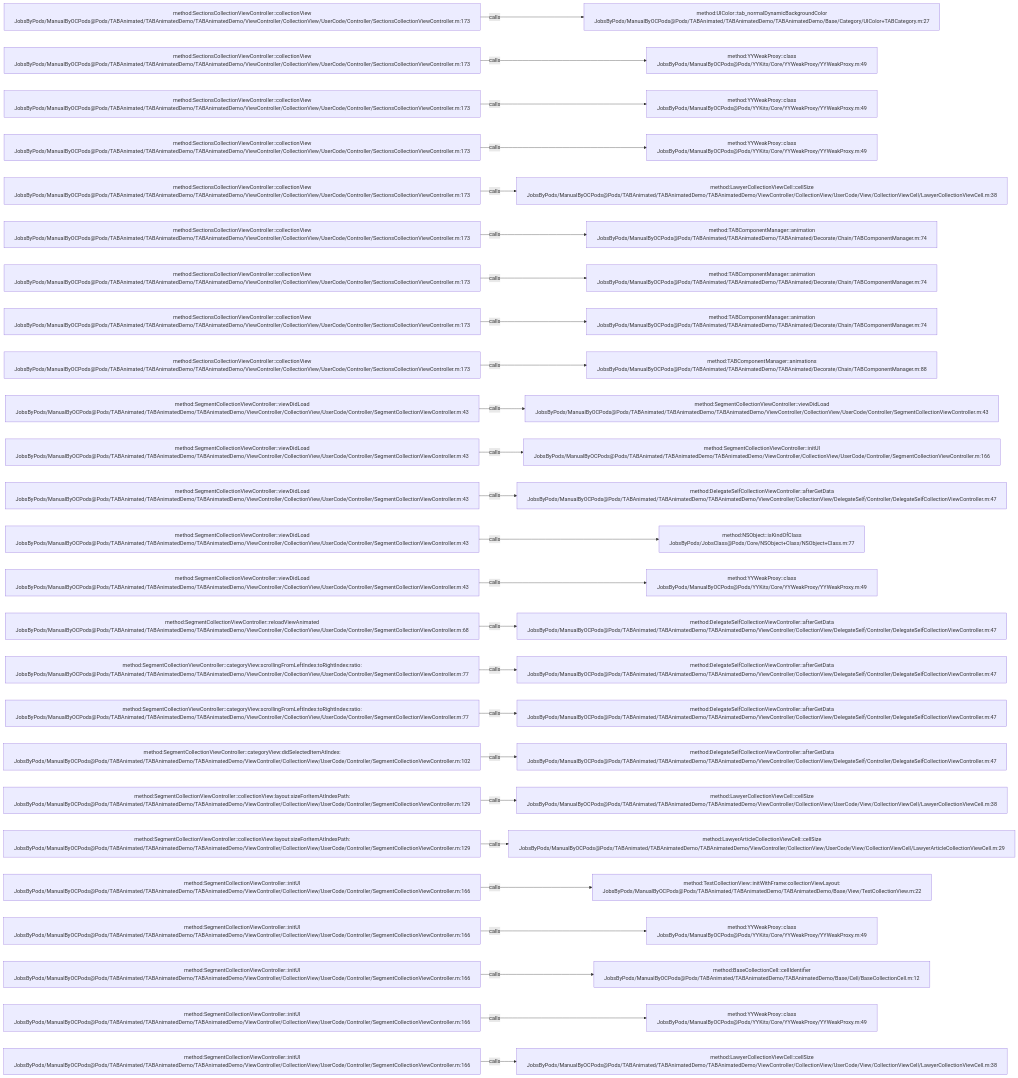
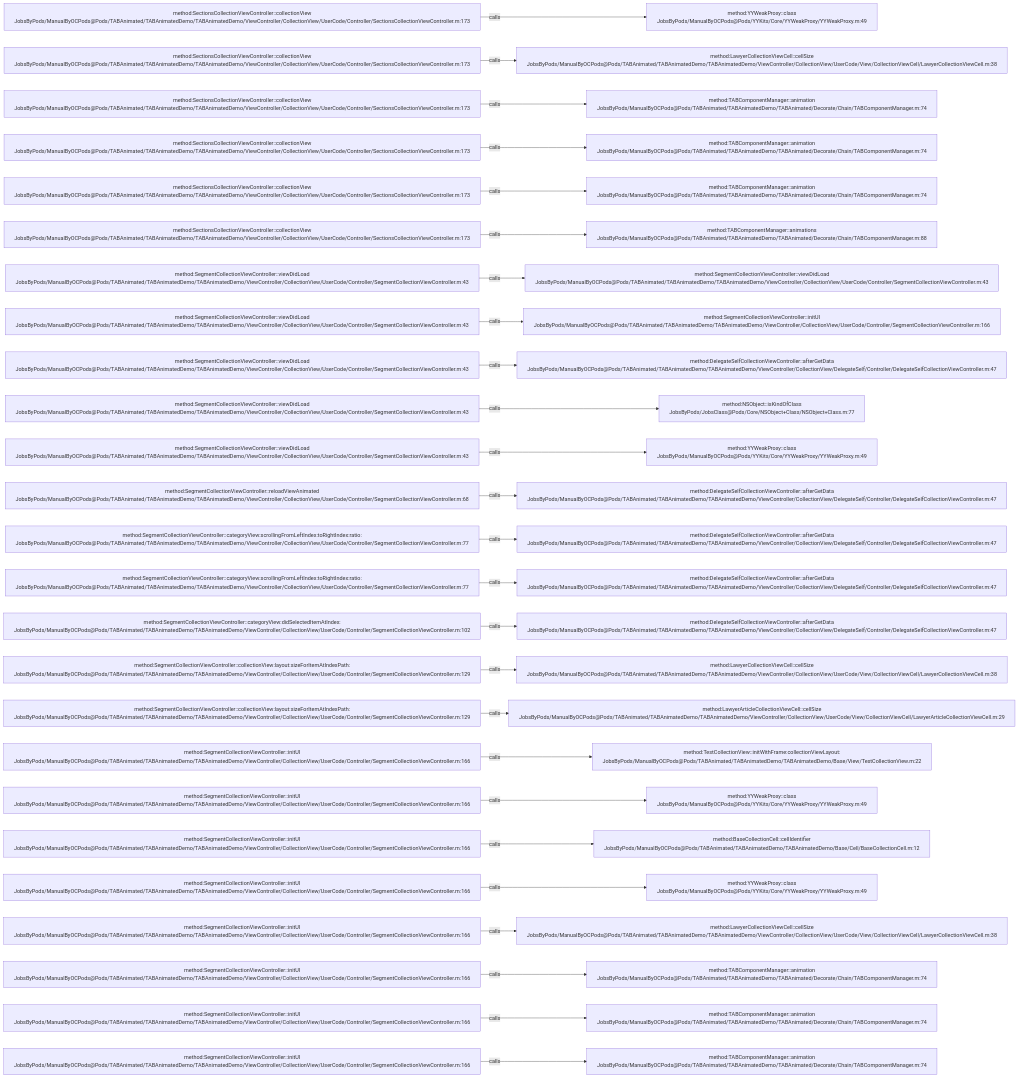
Before and after one commit to JobsKits/JobsOCBaseConfigDemo: the diagram in .codegraph/codegraph.md/graphs/calls-053.md, drawn with Mermaid. The commit also changed 342 other files, not shown here.

````diff
--- a/.codegraph/codegraph.md/graphs/calls-053.md
+++ b/.codegraph/codegraph.md/graphs/calls-053.md
@@ -13,78 +13,78 @@
 ```mermaid
 flowchart LR
   S1["method:SectionsCollectionViewController::collectionView<br/>JobsByPods/ManualByOCPods@Pods/TABAnimated/TABAnimatedDemo/TABAnimatedDemo/ViewController/CollectionView/UserCode/Controller/SectionsCollectionViewController.m:173"]
-  T1["method:UIColor::tab_normalDynamicBackgroundColor<br/>JobsByPods/ManualByOCPods@Pods/TABAnimated/TABAnimatedDemo/TABAnimatedDemo/Base/Category/UIColor+TABCategory.m:27"]
+  T1["method:YYWeakProxy::class<br/>JobsByPods/ManualByOCPods@Pods/YYKits/Core/YYWeakProxy/YYWeakProxy.m:49"]
   S1 -->|calls| T1
   S2["method:SectionsCollectionViewController::collectionView<br/>JobsByPods/ManualByOCPods@Pods/TABAnimated/TABAnimatedDemo/TABAnimatedDemo/ViewController/CollectionView/UserCode/Controller/SectionsCollectionViewController.m:173"]
-  T2["method:YYWeakProxy::class<br/>JobsByPods/ManualByOCPods@Pods/YYKits/Core/YYWeakProxy/YYWeakProxy.m:49"]
+  T2["method:LawyerCollectionViewCell::cellSize<br/>JobsByPods/ManualByOCPods@Pods/TABAnimated/TABAnimatedDemo/TABAnimatedDemo/ViewController/CollectionView/UserCode/View/CollectionViewCell/LawyerCollectionViewCell.m:38"]
   S2 -->|calls| T2
   S3["method:SectionsCollectionViewController::collectionView<br/>JobsByPods/ManualByOCPods@Pods/TABAnimated/TABAnimatedDemo/TABAnimatedDemo/ViewController/CollectionView/UserCode/Controller/SectionsCollectionViewController.m:173"]
-  T3["method:YYWeakProxy::class<br/>JobsByPods/ManualByOCPods@Pods/YYKits/Core/YYWeakProxy/YYWeakProxy.m:49"]
+  T3["method:TABComponentManager::animation<br/>JobsByPods/ManualByOCPods@Pods/TABAnimated/TABAnimatedDemo/TABAnimated/Decorate/Chain/TABComponentManager.m:74"]
   S3 -->|calls| T3
   S4["method:SectionsCollectionViewController::collectionView<br/>JobsByPods/ManualByOCPods@Pods/TABAnimated/TABAnimatedDemo/TABAnimatedDemo/ViewController/CollectionView/UserCode/Controller/SectionsCollectionViewController.m:173"]
-  T4["method:YYWeakProxy::class<br/>JobsByPods/ManualByOCPods@Pods/YYKits/Core/YYWeakProxy/YYWeakProxy.m:49"]
+  T4["method:TABComponentManager::animation<br/>JobsByPods/ManualByOCPods@Pods/TABAnimated/TABAnimatedDemo/TABAnimated/Decorate/Chain/TABComponentManager.m:74"]
   S4 -->|calls| T4
   S5["method:SectionsCollectionViewController::collectionView<br/>JobsByPods/ManualByOCPods@Pods/TABAnimated/TABAnimatedDemo/TABAnimatedDemo/ViewController/CollectionView/UserCode/Controller/SectionsCollectionViewController.m:173"]
-  T5["method:LawyerCollectionViewCell::cellSize<br/>JobsByPods/ManualByOCPods@Pods/TABAnimated/TABAnimatedDemo/TABAnimatedDemo/ViewController/CollectionView/UserCode/View/CollectionViewCell/LawyerCollectionViewCell.m:38"]
+  T5["method:TABComponentManager::animation<br/>JobsByPods/ManualByOCPods@Pods/TABAnimated/TABAnimatedDemo/TABAnimated/Decorate/Chain/TABComponentManager.m:74"]
   S5 -->|calls| T5
   S6["method:SectionsCollectionViewController::collectionView<br/>JobsByPods/ManualByOCPods@Pods/TABAnimated/TABAnimatedDemo/TABAnimatedDemo/ViewController/CollectionView/UserCode/Controller/SectionsCollectionViewController.m:173"]
-  T6["method:TABComponentManager::animation<br/>JobsByPods/ManualByOCPods@Pods/TABAnimated/TABAnimatedDemo/TABAnimated/Decorate/Chain/TABComponentManager.m:74"]
+  T6["method:TABComponentManager::animations<br/>JobsByPods/ManualByOCPods@Pods/TABAnimated/TABAnimatedDemo/TABAnimated/Decorate/Chain/TABComponentManager.m:88"]
   S6 -->|calls| T6
-  S7["method:SectionsCollectionViewController::collectionView<br/>JobsByPods/ManualByOCPods@Pods/TABAnimated/TABAnimatedDemo/TABAnimatedDemo/ViewController/CollectionView/UserCode/Controller/SectionsCollectionViewController.m:173"]
-  T7["method:TABComponentManager::animation<br/>JobsByPods/ManualByOCPods@Pods/TABAnimated/TABAnimatedDemo/TABAnimated/Decorate/Chain/TABComponentManager.m:74"]
+  S7["method:SegmentCollectionViewController::viewDidLoad<br/>JobsByPods/ManualByOCPods@Pods/TABAnimated/TABAnimatedDemo/TABAnimatedDemo/ViewController/CollectionView/UserCode/Controller/SegmentCollectionViewController.m:43"]
+  T7["method:SegmentCollectionViewController::viewDidLoad<br/>JobsByPods/ManualByOCPods@Pods/TABAnimated/TABAnimatedDemo/TABAnimatedDemo/ViewController/CollectionView/UserCode/Controller/SegmentCollectionViewController.m:43"]
   S7 -->|calls| T7
-  S8["method:SectionsCollectionViewController::collectionView<br/>JobsByPods/ManualByOCPods@Pods/TABAnimated/TABAnimatedDemo/TABAnimatedDemo/ViewController/CollectionView/UserCode/Controller/SectionsCollectionViewController.m:173"]
-  T8["method:TABComponentManager::animation<br/>JobsByPods/ManualByOCPods@Pods/TABAnimated/TABAnimatedDemo/TABAnimated/Decorate/Chain/TABComponentManager.m:74"]
+  S8["method:SegmentCollectionViewController::viewDidLoad<br/>JobsByPods/ManualByOCPods@Pods/TABAnimated/TABAnimatedDemo/TABAnimatedDemo/ViewController/CollectionView/UserCode/Controller/SegmentCollectionViewController.m:43"]
+  T8["method:SegmentCollectionViewController::initUI<br/>JobsByPods/ManualByOCPods@Pods/TABAnimated/TABAnimatedDemo/TABAnimatedDemo/ViewController/CollectionView/UserCode/Controller/SegmentCollectionViewController.m:166"]
   S8 -->|calls| T8
-  S9["method:SectionsCollectionViewController::collectionView<br/>JobsByPods/ManualByOCPods@Pods/TABAnimated/TABAnimatedDemo/TABAnimatedDemo/ViewController/CollectionView/UserCode/Controller/SectionsCollectionViewController.m:173"]
-  T9["method:TABComponentManager::animations<br/>JobsByPods/ManualByOCPods@Pods/TABAnimated/TABAnimatedDemo/TABAnimated/Decorate/Chain/TABComponentManager.m:88"]
+  S9["method:SegmentCollectionViewController::viewDidLoad<br/>JobsByPods/ManualByOCPods@Pods/TABAnimated/TABAnimatedDemo/TABAnimatedDemo/ViewController/CollectionView/UserCode/Controller/SegmentCollectionViewController.m:43"]
+  T9["method:DelegateSelfCollectionViewController::afterGetData<br/>JobsByPods/ManualByOCPods@Pods/TABAnimated/TABAnimatedDemo/TABAnimatedDemo/ViewController/CollectionView/DelegateSelf/Controller/DelegateSelfCollectionViewController.m:47"]
   S9 -->|calls| T9
   S10["method:SegmentCollectionViewController::viewDidLoad<br/>JobsByPods/ManualByOCPods@Pods/TABAnimated/TABAnimatedDemo/TABAnimatedDemo/ViewController/CollectionView/UserCode/Controller/SegmentCollectionViewController.m:43"]
-  T10["method:SegmentCollectionViewController::viewDidLoad<br/>JobsByPods/ManualByOCPods@Pods/TABAnimated/TABAnimatedDemo/TABAnimatedDemo/ViewController/CollectionView/UserCode/Controller/SegmentCollectionViewController.m:43"]
+  T10["method:NSObject::isKindOfClass<br/>JobsByPods/JobsClass@Pods/Core/NSObject+Class/NSObject+Class.m:77"]
   S10 -->|calls| T10
   S11["method:SegmentCollectionViewController::viewDidLoad<br/>JobsByPods/ManualByOCPods@Pods/TABAnimated/TABAnimatedDemo/TABAnimatedDemo/ViewController/CollectionView/UserCode/Controller/SegmentCollectionViewController.m:43"]
-  T11["method:SegmentCollectionViewController::initUI<br/>JobsByPods/ManualByOCPods@Pods/TABAnimated/TABAnimatedDemo/TABAnimatedDemo/ViewController/CollectionView/UserCode/Controller/SegmentCollectionViewController.m:166"]
+  T11["method:YYWeakProxy::class<br/>JobsByPods/ManualByOCPods@Pods/YYKits/Core/YYWeakProxy/YYWeakProxy.m:49"]
   S11 -->|calls| T11
-  S12["method:SegmentCollectionViewController::viewDidLoad<br/>JobsByPods/ManualByOCPods@Pods/TABAnimated/TABAnimatedDemo/TABAnimatedDemo/ViewController/CollectionView/UserCode/Controller/SegmentCollectionViewController.m:43"]
+  S12["method:SegmentCollectionViewController::reloadViewAnimated<br/>JobsByPods/ManualByOCPods@Pods/TABAnimated/TABAnimatedDemo/TABAnimatedDemo/ViewController/CollectionView/UserCode/Controller/SegmentCollectionViewController.m:68"]
   T12["method:DelegateSelfCollectionViewController::afterGetData<br/>JobsByPods/ManualByOCPods@Pods/TABAnimated/TABAnimatedDemo/TABAnimatedDemo/ViewController/CollectionView/DelegateSelf/Controller/DelegateSelfCollectionViewController.m:47"]
   S12 -->|calls| T12
-  S13["method:SegmentCollectionViewController::viewDidLoad<br/>JobsByPods/ManualByOCPods@Pods/TABAnimated/TABAnimatedDemo/TABAnimatedDemo/ViewController/CollectionView/UserCode/Controller/SegmentCollectionViewController.m:43"]
-  T13["method:NSObject::isKindOfClass<br/>JobsByPods/JobsClass@Pods/Core/NSObject+Class/NSObject+Class.m:77"]
+  S13["method:SegmentCollectionViewController::categoryView:scrollingFromLeftIndex:toRightIndex:ratio:<br/>JobsByPods/ManualByOCPods@Pods/TABAnimated/TABAnimatedDemo/TABAnimatedDemo/ViewController/CollectionView/UserCode/Controller/SegmentCollectionViewController.m:77"]
+  T13["method:DelegateSelfCollectionViewController::afterGetData<br/>JobsByPods/ManualByOCPods@Pods/TABAnimated/TABAnimatedDemo/TABAnimatedDemo/ViewController/CollectionView/DelegateSelf/Controller/DelegateSelfCollectionViewController.m:47"]
   S13 -->|calls| T13
-  S14["method:SegmentCollectionViewController::viewDidLoad<br/>JobsByPods/ManualByOCPods@Pods/TABAnimated/TABAnimatedDemo/TABAnimatedDemo/ViewController/CollectionView/UserCode/Controller/SegmentCollectionViewController.m:43"]
-  T14["method:YYWeakProxy::class<br/>JobsByPods/ManualByOCPods@Pods/YYKits/Core/YYWeakProxy/YYWeakProxy.m:49"]
+  S14["method:SegmentCollectionViewController::categoryView:scrollingFromLeftIndex:toRightIndex:ratio:<br/>JobsByPods/ManualByOCPods@Pods/TABAnimated/TABAnimatedDemo/TABAnimatedDemo/ViewController/CollectionView/UserCode/Controller/SegmentCollectionViewController.m:77"]
+  T14["method:DelegateSelfCollectionViewController::afterGetData<br/>JobsByPods/ManualByOCPods@Pods/TABAnimated/TABAnimatedDemo/TABAnimatedDemo/ViewController/CollectionView/DelegateSelf/Controller/DelegateSelfCollectionViewController.m:47"]
   S14 -->|calls| T14
-  S15["method:SegmentCollectionViewController::reloadViewAnimated<br/>JobsByPods/ManualByOCPods@Pods/TABAnimated/TABAnimatedDemo/TABAnimatedDemo/ViewController/CollectionView/UserCode/Controller/SegmentCollectionViewController.m:68"]
+  S15["method:SegmentCollectionViewController::categoryView:didSelectedItemAtIndex:<br/>JobsByPods/ManualByOCPods@Pods/TABAnimated/TABAnimatedDemo/TABAnimatedDemo/ViewController/CollectionView/UserCode/Controller/SegmentCollectionViewController.m:102"]
   T15["method:DelegateSelfCollectionViewController::afterGetData<br/>JobsByPods/ManualByOCPods@Pods/TABAnimated/TABAnimatedDemo/TABAnimatedDemo/ViewController/CollectionView/DelegateSelf/Controller/DelegateSelfCollectionViewController.m:47"]
   S15 -->|calls| T15
-  S16["method:SegmentCollectionViewController::categoryView:scrollingFromLeftIndex:toRightIndex:ratio:<br/>JobsByPods/ManualByOCPods@Pods/TABAnimated/TABAnimatedDemo/TABAnimatedDemo/ViewController/CollectionView/UserCode/Controller/SegmentCollectionViewController.m:77"]
-  T16["method:DelegateSelfCollectionViewController::afterGetData<br/>JobsByPods/ManualByOCPods@Pods/TABAnimated/TABAnimatedDemo/TABAnimatedDemo/ViewController/CollectionView/DelegateSelf/Controller/DelegateSelfCollectionViewController.m:47"]
+  S16["method:SegmentCollectionViewController::collectionView:layout:sizeForItemAtIndexPath:<br/>JobsByPods/ManualByOCPods@Pods/TABAnimated/TABAnimatedDemo/TABAnimatedDemo/ViewController/CollectionView/UserCode/Controller/SegmentCollectionViewController.m:129"]
+  T16["method:LawyerCollectionViewCell::cellSize<br/>JobsByPods/ManualByOCPods@Pods/TABAnimated/TABAnimatedDemo/TABAnimatedDemo/ViewController/CollectionView/UserCode/View/CollectionViewCell/LawyerCollectionViewCell.m:38"]
   S16 -->|calls| T16
-  S17["method:SegmentCollectionViewController::categoryView:scrollingFromLeftIndex:toRightIndex:ratio:<br/>JobsByPods/ManualByOCPods@Pods/TABAnimated/TABAnimatedDemo/TABAnimatedDemo/ViewController/CollectionView/UserCode/Controller/SegmentCollectionViewController.m:77"]
-  T17["method:DelegateSelfCollectionViewController::afterGetData<br/>JobsByPods/ManualByOCPods@Pods/TABAnimated/TABAnimatedDemo/TABAnimatedDemo/ViewController/CollectionView/DelegateSelf/Controller/DelegateSelfCollectionViewController.m:47"]
+  S17["method:SegmentCollectionViewController::collectionView:layout:sizeForItemAtIndexPath:<br/>JobsByPods/ManualByOCPods@Pods/TABAnimated/TABAnimatedDemo/TABAnimatedDemo/ViewController/CollectionView/UserCode/Controller/SegmentCollectionViewController.m:129"]
+  T17["method:LawyerArticleCollectionViewCell::cellSize<br/>JobsByPods/ManualByOCPods@Pods/TABAnimated/TABAnimatedDemo/TABAnimatedDemo/ViewController/CollectionView/UserCode/View/CollectionViewCell/LawyerArticleCollectionViewCell.m:29"]
   S17 -->|calls| T17
-  S18["method:SegmentCollectionViewController::categoryView:didSelectedItemAtIndex:<br/>JobsByPods/ManualByOCPods@Pods/TABAnimated/TABAnimatedDemo/TABAnimatedDemo/ViewController/CollectionView/UserCode/Controller/SegmentCollectionViewController.m:102"]
-  T18["method:DelegateSelfCollectionViewController::afterGetData<br/>JobsByPods/ManualByOCPods@Pods/TABAnimated/TABAnimatedDemo/TABAnimatedDemo/ViewController/CollectionView/DelegateSelf/Controller/DelegateSelfCollectionViewController.m:47"]
+  S18["method:SegmentCollectionViewController::initUI<br/>JobsByPods/ManualByOCPods@Pods/TABAnimated/TABAnimatedDemo/TABAnimatedDemo/ViewController/CollectionView/UserCode/Controller/SegmentCollectionViewController.m:166"]
+  T18["method:TestCollectionView::initWithFrame:collectionViewLayout:<br/>JobsByPods/ManualByOCPods@Pods/TABAnimated/TABAnimatedDemo/TABAnimatedDemo/Base/View/TestCollectionView.m:22"]
   S18 -->|calls| T18
-  S19["method:SegmentCollectionViewController::collectionView:layout:sizeForItemAtIndexPath:<br/>JobsByPods/ManualByOCPods@Pods/TABAnimated/TABAnimatedDemo/TABAnimatedDemo/ViewController/CollectionView/UserCode/Controller/SegmentCollectionViewController.m:129"]
-  T19["method:LawyerCollectionViewCell::cellSize<br/>JobsByPods/ManualByOCPods@Pods/TABAnimated/TABAnimatedDemo/TABAnimatedDemo/ViewController/CollectionView/UserCode/View/CollectionViewCell/LawyerCollectionViewCell.m:38"]
+  S19["method:SegmentCollectionViewController::initUI<br/>JobsByPods/ManualByOCPods@Pods/TABAnimated/TABAnimatedDemo/TABAnimatedDemo/ViewController/CollectionView/UserCode/Controller/SegmentCollectionViewController.m:166"]
+  T19["method:YYWeakProxy::class<br/>JobsByPods/ManualByOCPods@Pods/YYKits/Core/YYWeakProxy/YYWeakProxy.m:49"]
   S19 -->|calls| T19
-  S20["method:SegmentCollectionViewController::collectionView:layout:sizeForItemAtIndexPath:<br/>JobsByPods/ManualByOCPods@Pods/TABAnimated/TABAnimatedDemo/TABAnimatedDemo/ViewController/CollectionView/UserCode/Controller/SegmentCollectionViewController.m:129"]
-  T20["method:LawyerArticleCollectionViewCell::cellSize<br/>JobsByPods/ManualByOCPods@Pods/TABAnimated/TABAnimatedDemo/TABAnimatedDemo/ViewController/CollectionView/UserCode/View/CollectionViewCell/LawyerArticleCollectionViewCell.m:29"]
+  S20["method:SegmentCollectionViewController::initUI<br/>JobsByPods/ManualByOCPods@Pods/TABAnimated/TABAnimatedDemo/TABAnimatedDemo/ViewController/CollectionView/UserCode/Controller/SegmentCollectionViewController.m:166"]
+  T20["method:BaseCollectionCell::cellIdentifier<br/>JobsByPods/ManualByOCPods@Pods/TABAnimated/TABAnimatedDemo/TABAnimatedDemo/Base/Cell/BaseCollectionCell.m:12"]
   S20 -->|calls| T20
   S21["method:SegmentCollectionViewController::initUI<br/>JobsByPods/ManualByOCPods@Pods/TABAnimated/TABAnimatedDemo/TABAnimatedDemo/ViewController/CollectionView/UserCode/Controller/SegmentCollectionViewController.m:166"]
-  T21["method:TestCollectionView::initWithFrame:collectionViewLayout:<br/>JobsByPods/ManualByOCPods@Pods/TABAnimated/TABAnimatedDemo/TABAnimatedDemo/Base/View/TestCollectionView.m:22"]
+  T21["method:YYWeakProxy::class<br/>JobsByPods/ManualByOCPods@Pods/YYKits/Core/YYWeakProxy/YYWeakProxy.m:49"]
   S21 -->|calls| T21
   S22["method:SegmentCollectionViewController::initUI<br/>JobsByPods/ManualByOCPods@Pods/TABAnimated/TABAnimatedDemo/TABAnimatedDemo/ViewController/CollectionView/UserCode/Controller/SegmentCollectionViewController.m:166"]
-  T22["method:YYWeakProxy::class<br/>JobsByPods/ManualByOCPods@Pods/YYKits/Core/YYWeakProxy/YYWeakProxy.m:49"]
+  T22["method:LawyerCollectionViewCell::cellSize<br/>JobsByPods/ManualByOCPods@Pods/TABAnimated/TABAnimatedDemo/TABAnimatedDemo/ViewController/CollectionView/UserCode/View/CollectionViewCell/LawyerCollectionViewCell.m:38"]
   S22 -->|calls| T22
   S23["method:SegmentCollectionViewController::initUI<br/>JobsByPods/ManualByOCPods@Pods/TABAnimated/TABAnimatedDemo/TABAnimatedDemo/ViewController/CollectionView/UserCode/Controller/SegmentCollectionViewController.m:166"]
-  T23["method:BaseCollectionCell::cellIdentifier<br/>JobsByPods/ManualByOCPods@Pods/TABAnimated/TABAnimatedDemo/TABAnimatedDemo/Base/Cell/BaseCollectionCell.m:12"]
+  T23["method:TABComponentManager::animation<br/>JobsByPods/ManualByOCPods@Pods/TABAnimated/TABAnimatedDemo/TABAnimated/Decorate/Chain/TABComponentManager.m:74"]
   S23 -->|calls| T23
   S24["method:SegmentCollectionViewController::initUI<br/>JobsByPods/ManualByOCPods@Pods/TABAnimated/TABAnimatedDemo/TABAnimatedDemo/ViewController/CollectionView/UserCode/Controller/SegmentCollectionViewController.m:166"]
-  T24["method:YYWeakProxy::class<br/>JobsByPods/ManualByOCPods@Pods/YYKits/Core/YYWeakProxy/YYWeakProxy.m:49"]
+  T24["method:TABComponentManager::animation<br/>JobsByPods/ManualByOCPods@Pods/TABAnimated/TABAnimatedDemo/TABAnimated/Decorate/Chain/TABComponentManager.m:74"]
   S24 -->|calls| T24
   S25["method:SegmentCollectionViewController::initUI<br/>JobsByPods/ManualByOCPods@Pods/TABAnimated/TABAnimatedDemo/TABAnimatedDemo/ViewController/CollectionView/UserCode/Controller/SegmentCollectionViewController.m:166"]
-  T25["method:LawyerCollectionViewCell::cellSize<br/>JobsByPods/ManualByOCPods@Pods/TABAnimated/TABAnimatedDemo/TABAnimatedDemo/ViewController/CollectionView/UserCode/View/CollectionViewCell/LawyerCollectionViewCell.m:38"]
+  T25["method:TABComponentManager::animation<br/>JobsByPods/ManualByOCPods@Pods/TABAnimated/TABAnimatedDemo/TABAnimated/Decorate/Chain/TABComponentManager.m:74"]
   S25 -->|calls| T25
 ```
````
